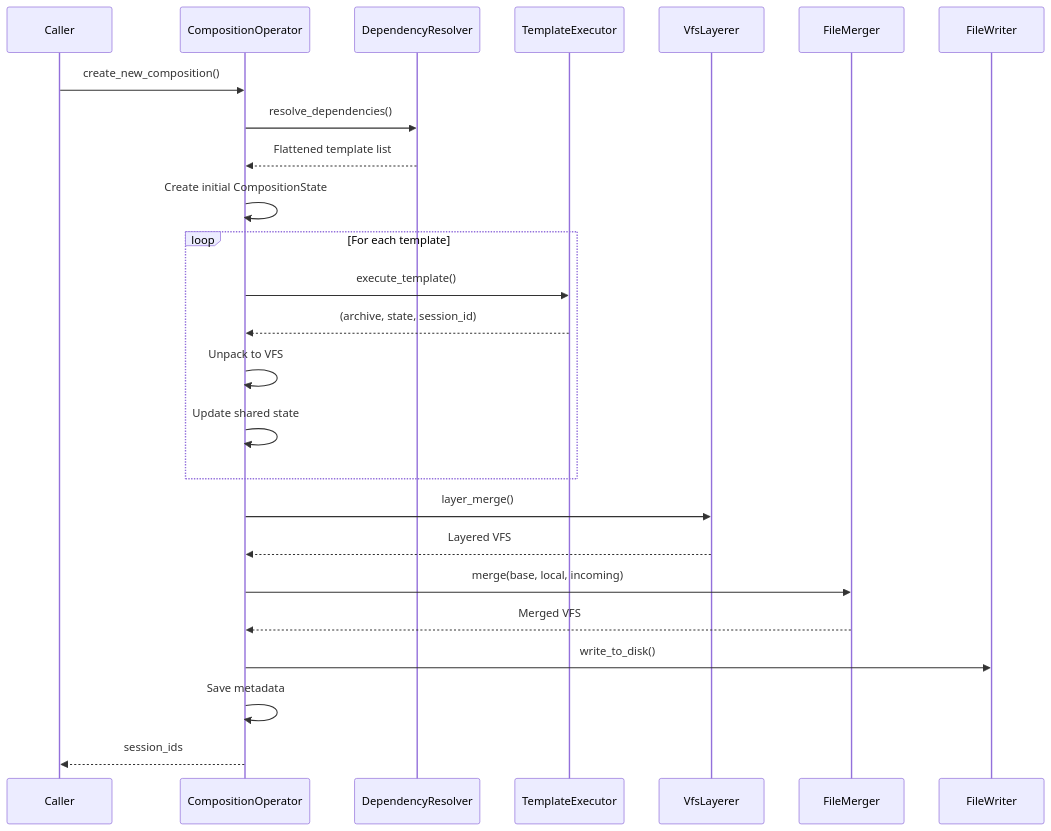
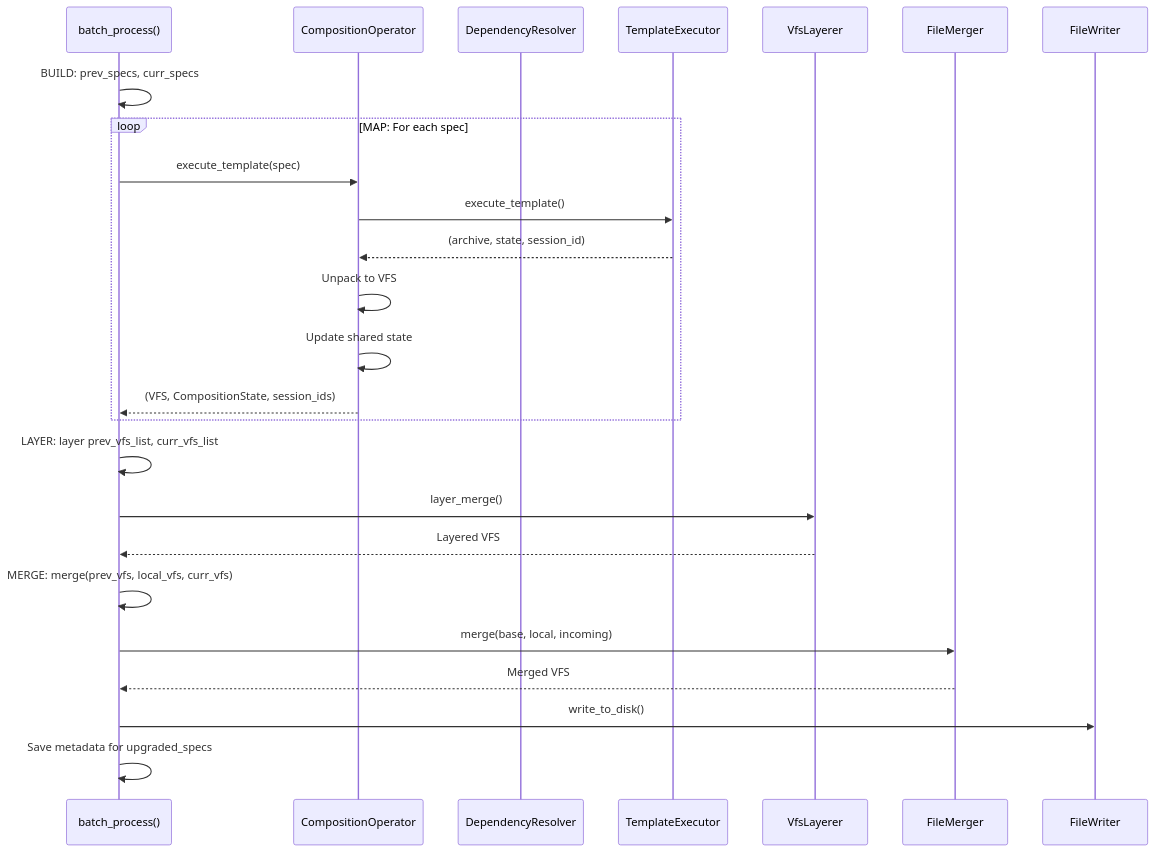
Before and after one commit to AtomiCloud/sulfone.iridium: the second of 2 diagrams in docs/developer/features/05-template-composition.md, drawn with Mermaid. The commit also changed other lines of this file, not shown here.

````diff
--- a/docs/developer/features/05-template-composition.md
+++ b/docs/developer/features/05-template-composition.md
@@ -47,28 +69,28 @@
 ```mermaid
 sequenceDiagram
-    participant Caller as Caller
+    participant Caller as batch_process()
     participant Op as CompositionOperator
     participant Resolver as DependencyResolver
     participant Executor as TemplateExecutor
     participant Layerer as VfsLayerer
     participant Merger as FileMerger
     participant Writer as FileWriter
 
-    Caller->>Op: create_new_composition()
-    Op->>Resolver: resolve_dependencies()
-    Resolver-->>Op: Flattened template list
-    Op->>Op: Create initial CompositionState
-    loop For each template
+    Caller->>Caller: BUILD: prev_specs, curr_specs
+    loop MAP: For each spec
+        Caller->>Op: execute_template(spec)
         Op->>Executor: execute_template()
         Executor-->>Op: (archive, state, session_id)
         Op->>Op: Unpack to VFS
         Op->>Op: Update shared state
+        Op-->>Caller: (VFS, CompositionState, session_ids)
     end
-    Op->>Layerer: layer_merge()
-    Layerer-->>Op: Layered VFS
-    Op->>Merger: merge(base, local, incoming)
-    Merger-->>Op: Merged VFS
-    Op->>Writer: write_to_disk()
-    Op->>Op: Save metadata
-    Op-->>Caller: session_ids
+    Caller->>Caller: LAYER: layer prev_vfs_list, curr_vfs_list
+    Caller->>Layerer: layer_merge()
+    Layerer-->>Caller: Layered VFS
+    Caller->>Caller: MERGE: merge(prev_vfs, local_vfs, curr_vfs)
+    Caller->>Merger: merge(base, local, incoming)
+    Merger-->>Caller: Merged VFS
+    Caller->>Writer: write_to_disk()
+    Caller->>Caller: Save metadata for upgraded_specs
 ```
````
